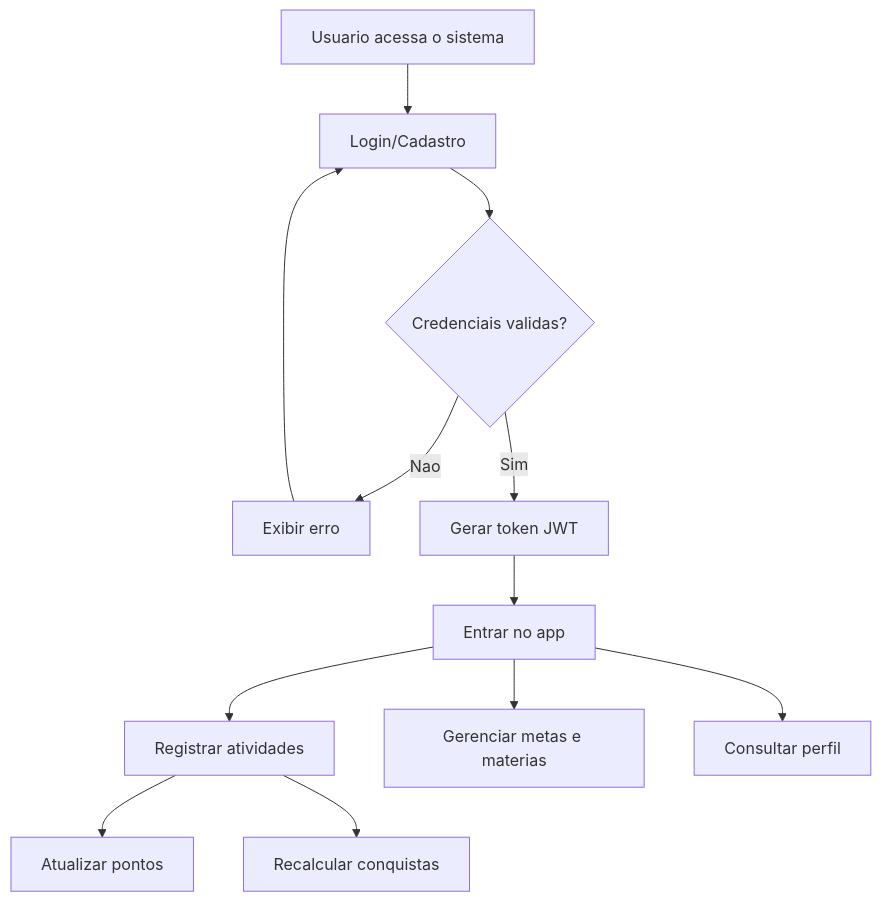
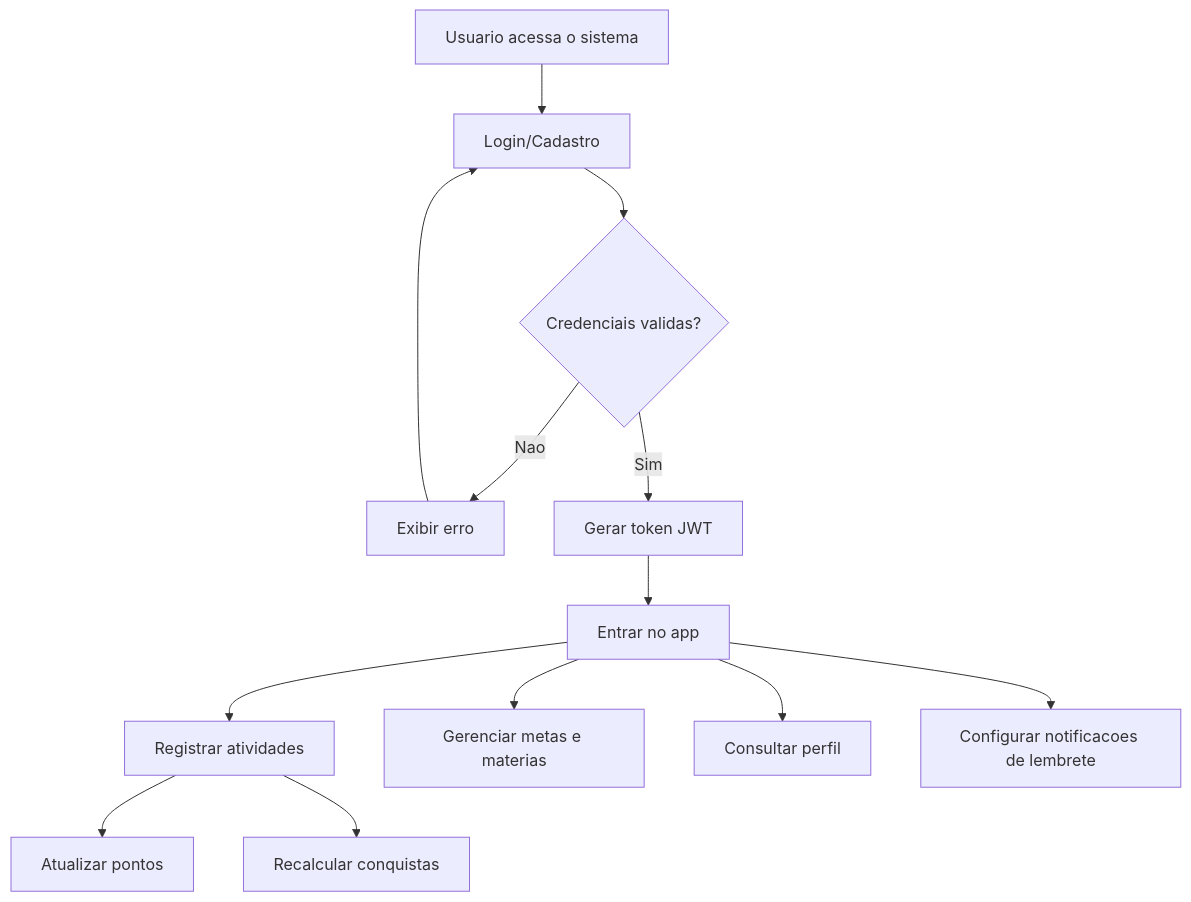
Before and after one commit to art4raujo0/xp-diario: the first of 4 diagrams in docs/DIAGRAMAS_TELAS_USUARIO_FINAL.md, drawn with Mermaid. The commit also changed other lines of this file and 9 other files, not shown here.

Commit message:
docs: atualizar documentacao e diagramas para estado atual

````diff
--- a/docs/DIAGRAMAS_TELAS_USUARIO_FINAL.md
+++ b/docs/DIAGRAMAS_TELAS_USUARIO_FINAL.md
@@ -5,14 +5,15 @@
 ```mermaid
 flowchart TD
     A[Usuario acessa o sistema] --> B[Login/Cadastro]
     B --> C{Credenciais validas?}
     C -- Nao --> D[Exibir erro]
     D --> B
     C -- Sim --> E[Gerar token JWT]
     E --> F[Entrar no app]
     F --> G[Registrar atividades]
     F --> H[Gerenciar metas e materias]
     G --> I[Atualizar pontos]
     G --> J[Recalcular conquistas]
     F --> K[Consultar perfil]
+    F --> L[Configurar notificacoes de lembrete]
 ```
````
